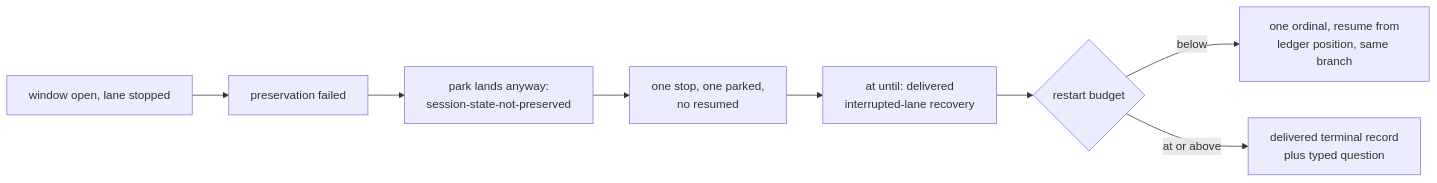
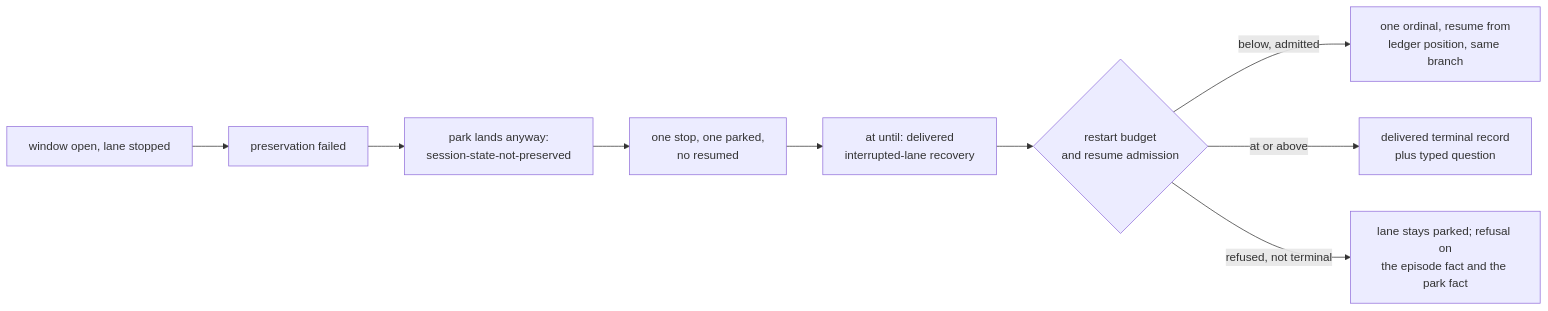
Before and after one commit to juliusz-cwiakalski/agentic-delivery-os: the second of 3 diagrams in doc/changes/2026-11/2026-11-26--GH-413--peak-pausing-dispatch-lane/chg-GH-413-spec.md, drawn with Mermaid. The commit also changed other lines of this file and 2 other files, not shown here.

````diff
--- a/doc/changes/2026-11/2026-11-26--GH-413--peak-pausing-dispatch-lane/chg-GH-413-spec.md
+++ b/doc/changes/2026-11/2026-11-26--GH-413--peak-pausing-dispatch-lane/chg-GH-413-spec.md
@@ -163,10 +185,11 @@
 ```mermaid
 flowchart LR
   A["window open, lane stopped"] --> B["preservation failed"]
   B --> C["park lands anyway:<br/>session-state-not-preserved"]
   C --> D["one stop, one parked,<br/>no resumed"]
   D --> E["at until: delivered<br/>interrupted-lane recovery"]
-  E --> F{"restart budget"}
-  F -->|"below"| G["one ordinal, resume from<br/>ledger position, same branch"]
+  E --> F{"restart budget<br/>and resume admission"}
+  F -->|"below, admitted"| G["one ordinal, resume from<br/>ledger position, same branch"]
   F -->|"at or above"| H["delivered terminal record<br/>plus typed question"]
+  F -->|"refused, not terminal"| I["lane stays parked; refusal on<br/>the episode fact and the park fact"]
 ```
````
